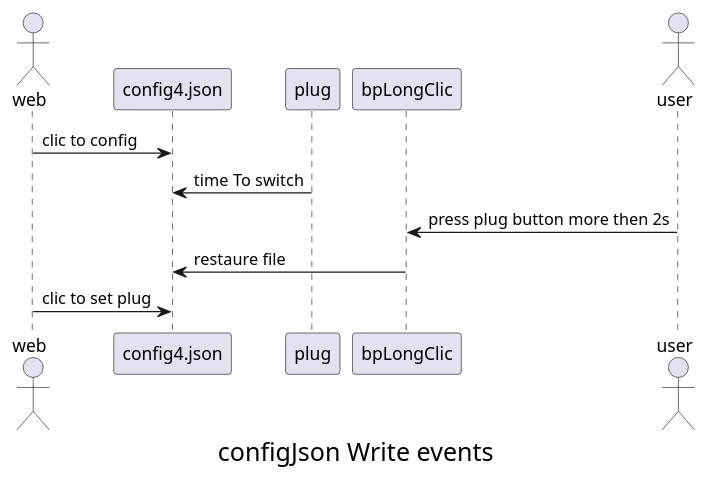
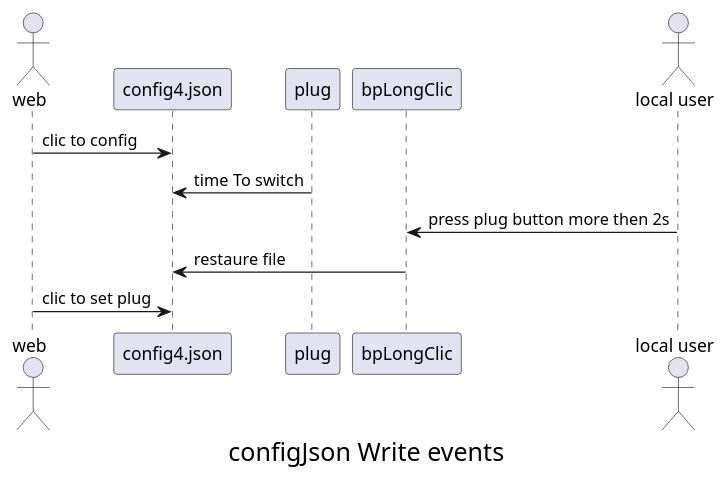
One commit to volab/IoT_EPS changed the diagram in _1_userDoc/source/graphviz/writeEventsGlobal.wsd. Above: the diagram before and after it, drawn with PlantUML. The commit also changed 7 other files, not shown here.

Commit message:
UMl Documentation

```diff
--- a/_1_userDoc/source/graphviz/writeEventsGlobal.wsd
+++ b/_1_userDoc/source/graphviz/writeEventsGlobal.wsd
@@ -1,21 +1,21 @@
 @startuml
 
 <style>
 caption {
 FontSize 20
 }
 </style>
 
 caption configJson Write events
 actor web
 participant config4.json
 participant plug
 participant bpLongClic
-actor user
+actor "local user"
 
 web -> config4.json: clic to config
 plug -> config4.json: time To switch
-user -> bpLongClic: press plug button more then 2s
+"local user" -> bpLongClic: press plug button more then 2s
 bpLongClic -> config4.json: restaure file
 web -> config4.json: clic to set plug
 @enduml
```
